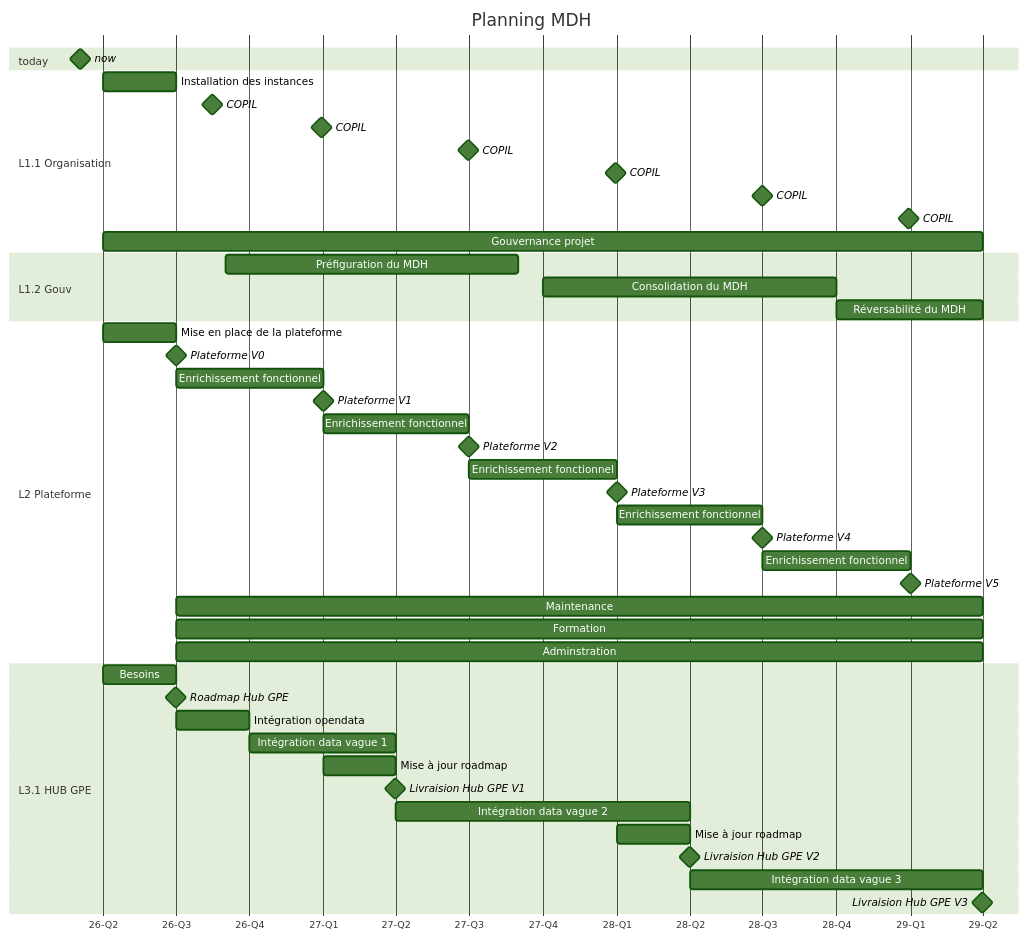
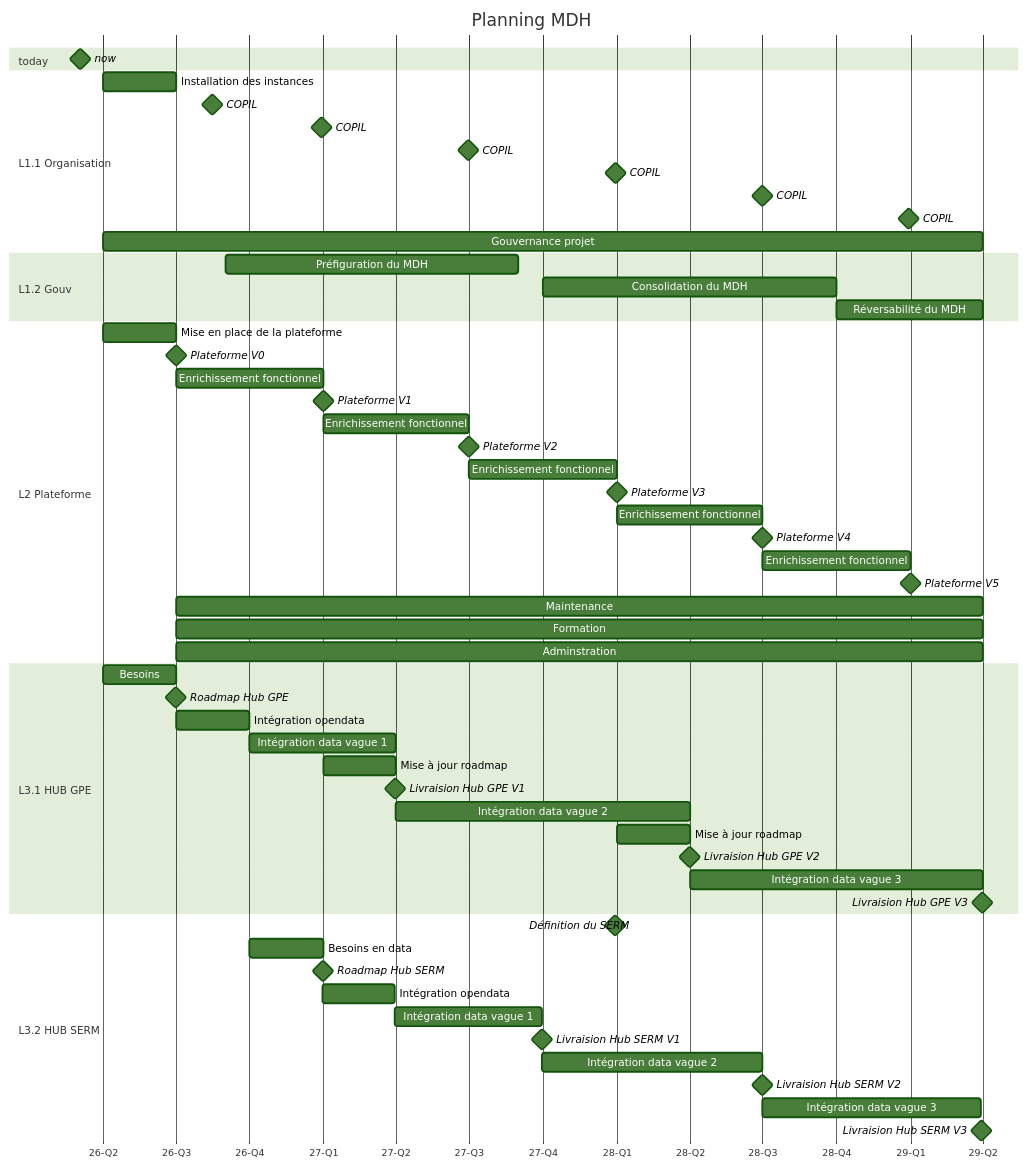
Before and after one commit to cdamas-cerema/test: the diagram in README.md, drawn with Mermaid (forest theme).

Commit message:
planning V2

````diff
--- a/README.md
+++ b/README.md
@@ -2,56 +2,67 @@
 ```mermaid
 gantt
     title Planning MDH
     dateFormat YYYY-MM-DD
     axisFormat %y-Q%q
     tickInterval 3month
 
     section today
         %% This task forces the chart to start at the beginning of the year
         now : milestone, m1, 2026-03-04, 0d
 
     section L1.1 Organisation
         Installation des instances           :a1, 2026-04-01, 3M
         COPIL                                :milestone, 2026-09-30
         COPIL                                :milestone, 2027-03-31
         COPIL                                :milestone, 2027-09-30
         COPIL                                :milestone, 2028-03-31
         COPIL                                :milestone, 2028-09-30
         COPIL                                :milestone, 2029-03-31
         Gouvernance projet                   :2026-04-01, 36M
         
     section L1.2 Gouv
         Préfiguration du MDH                 :2026-09-01, 12M
         Consolidation du MDH                 :2027-10-01, 12M
         Réversabilité du MDH                 :2028-10-01, 6M
 
     section L2 Plateforme
         Mise en place de la plateforme       :2026-04-01, 3M
         Plateforme V0                        :milestone, 2026-07-01
         Enrichissement fonctionnel           :6M
         Plateforme V1                        :milestone, 2027-01-01
         Enrichissement fonctionnel           :6M
         Plateforme V2                        :milestone, 2027-07-01
         Enrichissement fonctionnel           :6M
         Plateforme V3                        :milestone, 2028-01-01
         Enrichissement fonctionnel           :6M
         Plateforme V4                        :milestone, 2028-07-01
         Enrichissement fonctionnel           :6M
         Plateforme V5                        :milestone, 2029-01-01
         Maintenance                          :2026-07-01, 33M
         Formation                            :2026-07-01, 33M
         Adminstration                        :2026-07-01, 33M
 
     section L3.1 HUB GPE
         Besoins                              :2026-04-01, 3M
         Roadmap Hub GPE                      :milestone, 2026-06-30
         Intégration opendata                 :2026-07-01, 3M
         Intégration data vague 1             :2026-10-01, 6M
         Mise à jour roadmap                  :2027-01-01, 3M
         Livraision Hub GPE V1                :milestone, 2027-03-31
         Intégration data vague 2             :2027-04-01, 12M
         Mise à jour roadmap                  :2028-01-01, 3M
         Livraision Hub GPE V2                :milestone, 2028-03-31
         Intégration data vague 3             :2028-04-01, 12M
         Livraision Hub GPE V3                :milestone, 2029-03-31
+    section L3.2 HUB SERM
+        Définition du SERM                   :milestone, 2026-09-29
+        Besoins en data                      :2026-10-01, 3M
+        Roadmap Hub SERM                     :milestone, 2026-12-31
+        Intégration opendata                 :3M
+        Intégration data vague 1             :6M
+        Livraision Hub SERM V1               :milestone, 2027-09-30
+        Intégration data vague 2             :9M
+        Livraision Hub SERM V2               :milestone, 2028-06-30
+        Intégration data vague 3             :9M
+        Livraision Hub SERM V3               :milestone, 2029-03-31
 ```
````
